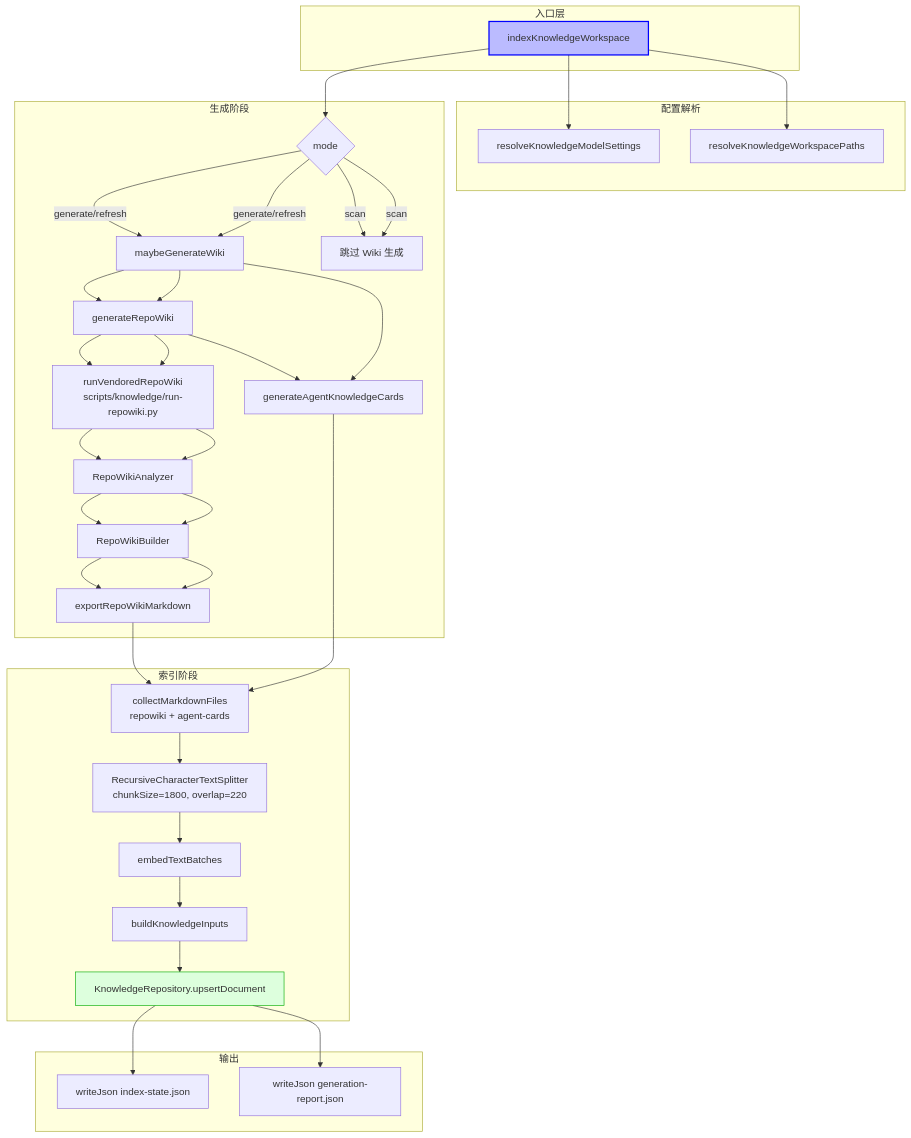
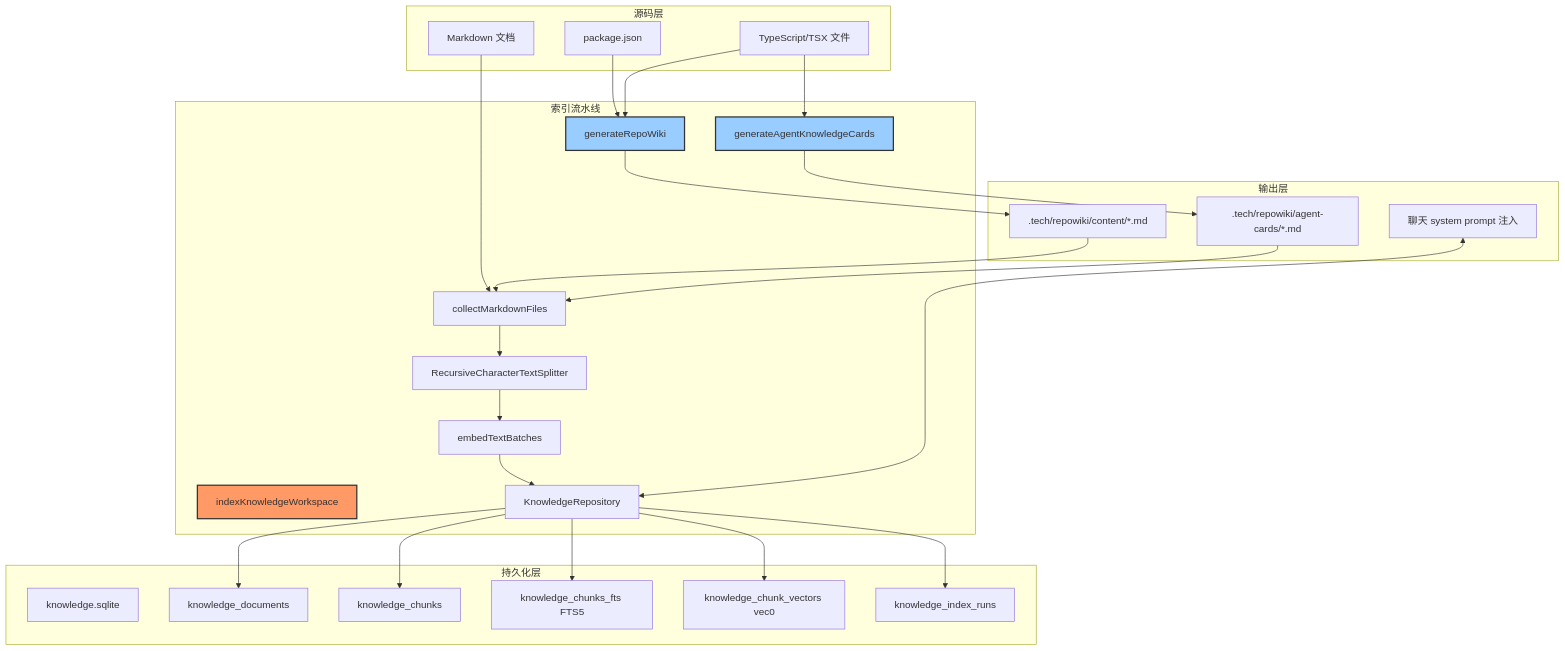
The first of 3 diagrams in .tech/repowiki/zh/content/核心模块规格/知识库后端引擎总览/知识库后端引擎总览.md (lst016/tech-cc-hub), drawn with Mermaid before and after one commit. The commit also changed other lines of this file and 129 other files, not shown here.

Commit message:
chore: refresh repowiki artifacts

````diff
--- a/.tech/repowiki/zh/content/核心模块规格/知识库后端引擎总览/知识库后端引擎总览.md
+++ b/.tech/repowiki/zh/content/核心模块规格/知识库后端引擎总览/知识库后端引擎总览.md
@@ -110,59 +59,55 @@
 ```mermaid
 flowchart TD
-    subgraph 入口层
-        A[indexKnowledgeWorkspace]
+    subgraph Source["源码层"]
+        P[package.json]
+        T[TypeScript/TSX 文件]
+        M[Markdown 文档]
     end
 
-    subgraph 配置解析
-        B[resolveKnowledgeModelSettings]
-        C[resolveKnowledgeWorkspacePaths]
+    subgraph Pipeline["索引流水线"]
+        KI[indexKnowledgeWorkspace]
+        G[generateRepoWiki]
+        AC[generateAgentKnowledgeCards]
+        CF[collectMarkdownFiles]
+        SP[RecursiveCharacterTextSplitter]
+        EC[embedTextBatches]
+        KR[KnowledgeRepository]
     end
 
-    subgraph 生成阶段
-        D{mode}
-        D -->|generate/refresh| E[maybeGenerateWiki]
-        D -->|scan| F[跳过 Wiki 生成]
-        E --> G[generateRepoWiki]
-        G --> H[runVendoredRepoWiki<br/>scripts/knowledge/run-repowiki.py]
-        H --> I[RepoWikiAnalyzer]
-        I --> J[RepoWikiBuilder]
-        J --> K[exportRepoWikiMarkdown]
-        G --> L[generateAgentKnowledgeCards]
+    subgraph Storage["持久化层"]
+        SQ[knowledge.sqlite]
+        KDC[knowledge_documents]
+        KC[knowledge_chunks]
+        KCF[knowledge_chunks_fts FTS5]
+        KCV[knowledge_chunk_vectors vec0]
+        KIR[knowledge_index_runs]
     end
 
-    subgraph 索引阶段
-        M[collectMarkdownFiles<br/>repowiki + agent-cards]
-        N[RecursiveCharacterTextSplitter<br/>chunkSize=1800, overlap=220]
-        O[embedTextBatches]
-        P[buildKnowledgeInputs]
-        Q[KnowledgeRepository.upsertDocument]
+    subgraph Output["输出层"]
+        RW[.tech/repowiki/content/*.md]
+        ACF[.tech/repowiki/agent-cards/*.md]
+        KOP[聊天 system prompt 注入]
     end
 
-    subgraph 输出
-        R[writeJson index-state.json]
-        S[writeJson generation-report.json]
-    end
+    P --> G
+    T --> G
+    T --> AC
+    M --> CF
+    G --> RW
+    AC --> ACF
+    RW --> CF
+    ACF --> CF
+    CF --> SP
+    SP --> EC
+    EC --> KR
+    KR --> KDC
+    KR --> KC
+    KR --> KCF
+    KR --> KCV
+    KR --> KIR
+    KOP <--> KR
 
-    A --> B
-    A --> C
-    A --> D
-    D -->|generate/refresh| E
-    D -->|scan| F
-    E --> G
-    E --> L
-    G --> H
-    H --> I
-    I --> J
-    J --> K
-    K --> M
-    L --> M
-    M --> N
-    N --> O
-    O --> P
-    P --> Q
-    Q --> R
-    Q --> S
-
-    style A fill:#bbf,stroke:#00f,stroke-width:2px
-    style Q fill:#dfd,stroke:#0a0
+    style KI fill:#f96,stroke:#333,stroke-width:2px
+    style G fill:#9cf,stroke:#333,stroke-width:2px
+    style AC fill:#9cf,stroke:#333,stroke-width:2px
 ```
````
